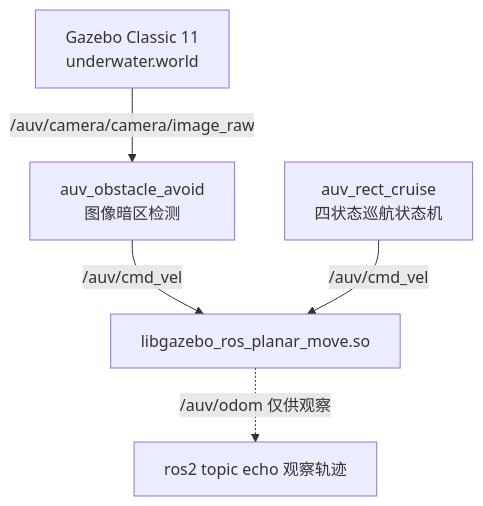
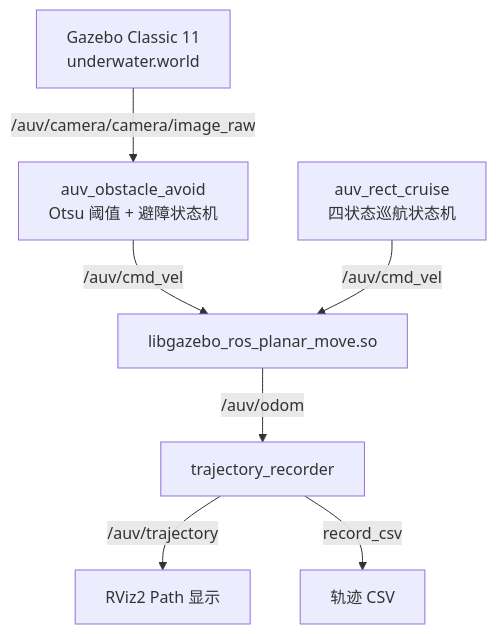
Before and after one commit to OpenHUTB/ros2: the first of 2 diagrams in docs/water/auv_end2end.md, drawn with Mermaid. The commit also changed other lines of this file and 13 other files, not shown here.

````diff
--- a/docs/water/auv_end2end.md
+++ b/docs/water/auv_end2end.md
@@ -18,7 +18,9 @@
 ```mermaid
 graph TD
-    A[Gazebo Classic 11<br/>underwater.world] -->|/auv/camera/camera/image_raw| B[auv_obstacle_avoid<br/>图像暗区检测]
+    A[Gazebo Classic 11<br/>underwater.world] -->|/auv/camera/camera/image_raw| B[auv_obstacle_avoid<br/>Otsu 阈值 + 避障状态机]
     B -->|/auv/cmd_vel| C[libgazebo_ros_planar_move.so]
     D[auv_rect_cruise<br/>四状态巡航状态机] -->|/auv/cmd_vel| C
-    C -.->|/auv/odom 仅供观察| E[ros2 topic echo 观察轨迹]
+    C -->|/auv/odom| E[trajectory_recorder]
+    E -->|/auv/trajectory| F[RViz2 Path 显示]
+    E -->|record_csv| G[轨迹 CSV]
 ```
````
